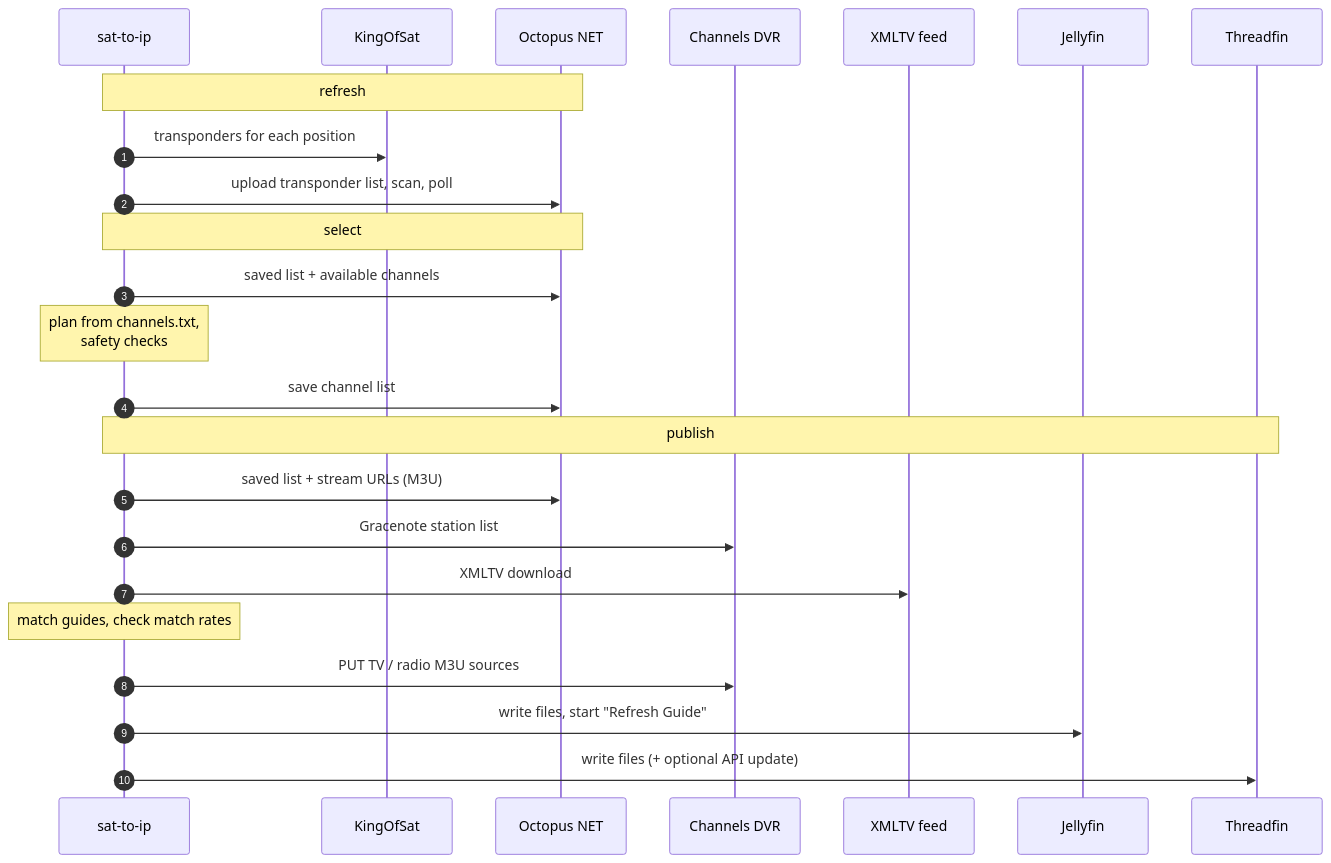
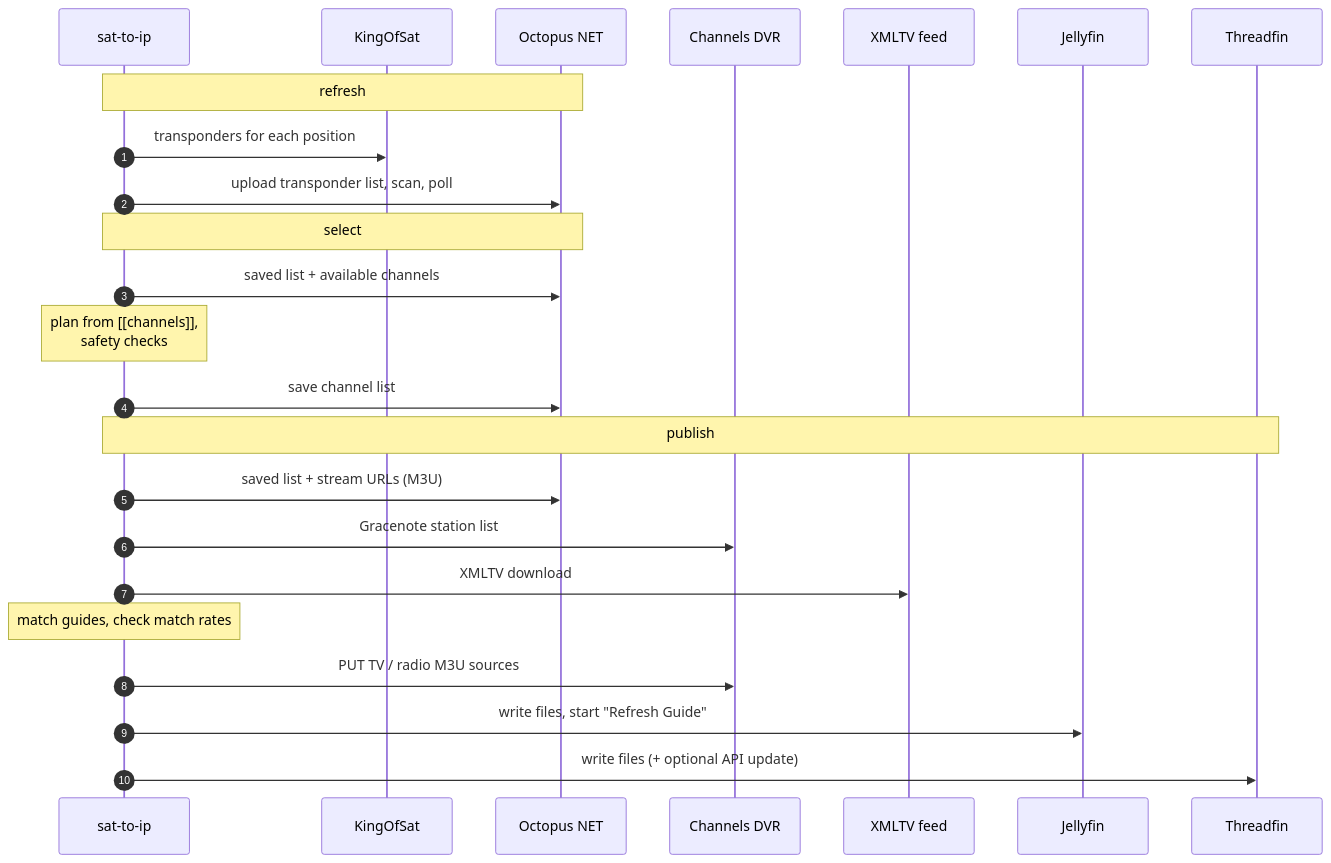
Before and after one commit to Matt-Hadley/sat_to_ip_helpers: the second of 2 diagrams in CONTRIBUTING.md, drawn with Mermaid. The commit also changed other lines of this file and 26 other files, not shown here.

````diff
--- a/CONTRIBUTING.md
+++ b/CONTRIBUTING.md
@@ -67,27 +67,27 @@
 ```mermaid
 sequenceDiagram
     autonumber
     participant CLI as sat-to-ip
     participant KOS as KingOfSat
     participant OCT as Octopus NET
     participant CDVR as Channels DVR
     participant FEED as XMLTV feed
     participant JF as Jellyfin
     participant TF as Threadfin
 
     Note over CLI,OCT: refresh
     CLI->>KOS: transponders for each position
     CLI->>OCT: upload transponder list, scan, poll
     Note over CLI,OCT: select
     CLI->>OCT: saved list + available channels
-    Note over CLI: plan from channels.txt,<br/>safety checks
+    Note over CLI: plan from [[channels]],<br/>safety checks
     CLI->>OCT: save channel list
     Note over CLI,TF: publish
     CLI->>OCT: saved list + stream URLs (M3U)
     CLI->>CDVR: Gracenote station list
     CLI->>FEED: XMLTV download
     Note over CLI: match guides, check match rates
     CLI->>CDVR: PUT TV / radio M3U sources
     CLI->>JF: write files, start "Refresh Guide"
     CLI->>TF: write files (+ optional API update)
 ```
````
